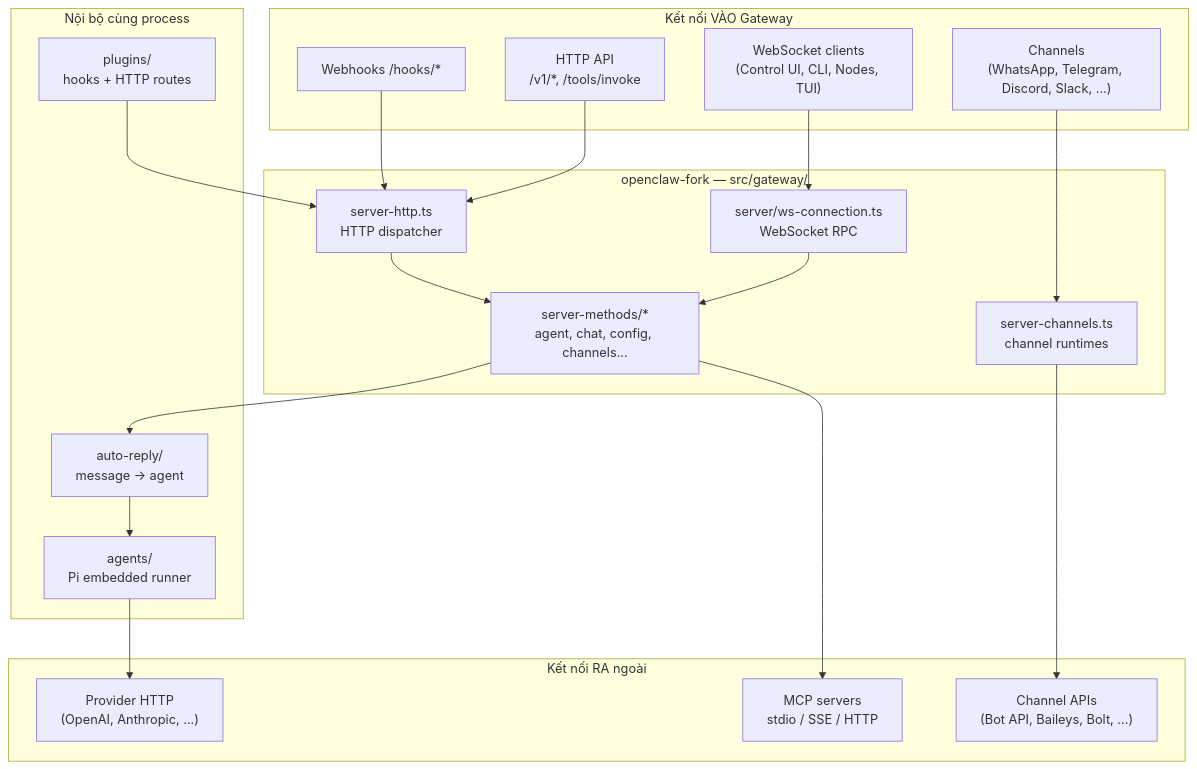
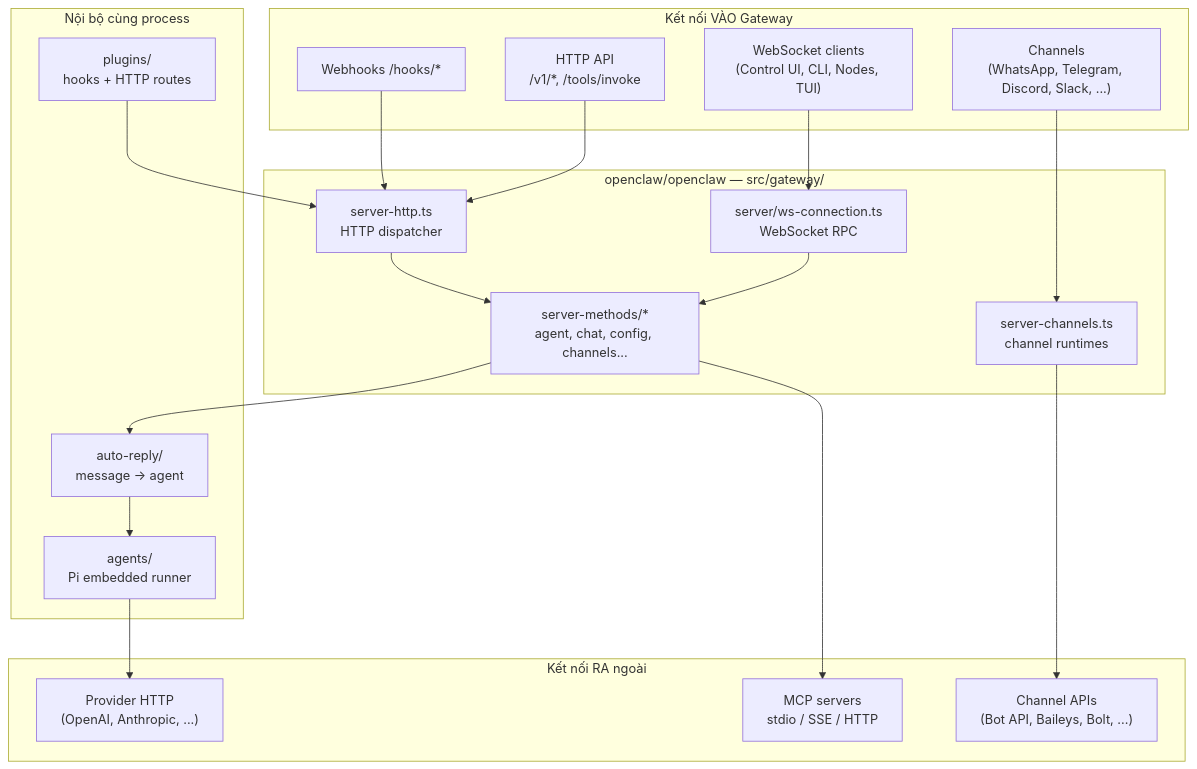
Before and after one commit to mankhb2k/claw-dashboard: diagram 36 of 39 in openclaw-architecture.md, drawn with Mermaid. The commit also changed other lines of this file and 1099 other files, not shown here.

First line of the commit message:
Flatten monorepo to repo root and drop vendored openclaw-fork.

````diff
--- a/openclaw-architecture.md
+++ b/openclaw-architecture.md
@@ -4144,41 +4144,41 @@
 ```mermaid
 flowchart TB
     subgraph INBOUND["Kết nối VÀO Gateway"]
         CH["Channels\n(WhatsApp, Telegram, Discord, Slack, ...)"]
         WH["Webhooks /hooks/*"]
         HTTP_EXT["HTTP API\n/v1/*, /tools/invoke"]
         WS_IN["WebSocket clients\n(Control UI, CLI, Nodes, TUI)"]
     end
 
-    subgraph GATEWAY["openclaw-fork — src/gateway/"]
+    subgraph GATEWAY["openclaw/openclaw — src/gateway/"]
         HTTP["server-http.ts\nHTTP dispatcher"]
         WS["server/ws-connection.ts\nWebSocket RPC"]
         RPC["server-methods/*\nagent, chat, config, channels..."]
         CHRUN["server-channels.ts\nchannel runtimes"]
     end
 
     subgraph INTERNAL["Nội bộ cùng process"]
         AR["auto-reply/\nmessage → agent"]
         AG["agents/\nPi embedded runner"]
         PL["plugins/\nhooks + HTTP routes"]
     end
 
     subgraph OUTBOUND["Kết nối RA ngoài"]
         LLM["Provider HTTP\n(OpenAI, Anthropic, ...)"]
         MCP["MCP servers\nstdio / SSE / HTTP"]
         CHAPI["Channel APIs\n(Bot API, Baileys, Bolt, ...)"]
     end
 
     CH --> CHRUN
     WH --> HTTP
     HTTP_EXT --> HTTP
     WS_IN --> WS
     HTTP --> RPC
     WS --> RPC
     RPC --> AR
     AR --> AG
     AG --> LLM
     RPC --> MCP
     CHRUN --> CHAPI
     PL --> HTTP
 ```
````
